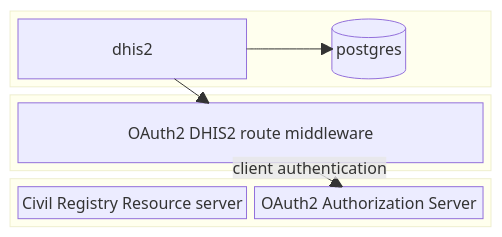
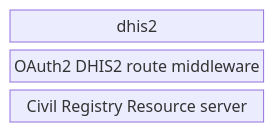
The diagram in README.md (dhis2/reference-civil-registry-lookup), drawn with Mermaid before and after one commit.

````diff
--- a/README.md
+++ b/README.md
@@ -15,23 +15,11 @@
 ```mermaid
 block-beta
 columns 1
-  block:DHIS2
     dhis2
-    db[("postgres")]
-  end
 
-  dhis2 --> db
+    mid["OAuth2 DHIS2 route middleware"]
 
-  block:middleware
-    mid["OAuth2 DHIS2 route middleware"]
-  end
 
-  dhis2 --> mid
 
-  block:external
     civreg["Civil Registry Resource server"]
-    auth["OAuth2 Authorization Server"]
-  end
-
-  mid -- "client authentication" --> auth
 ```
````
